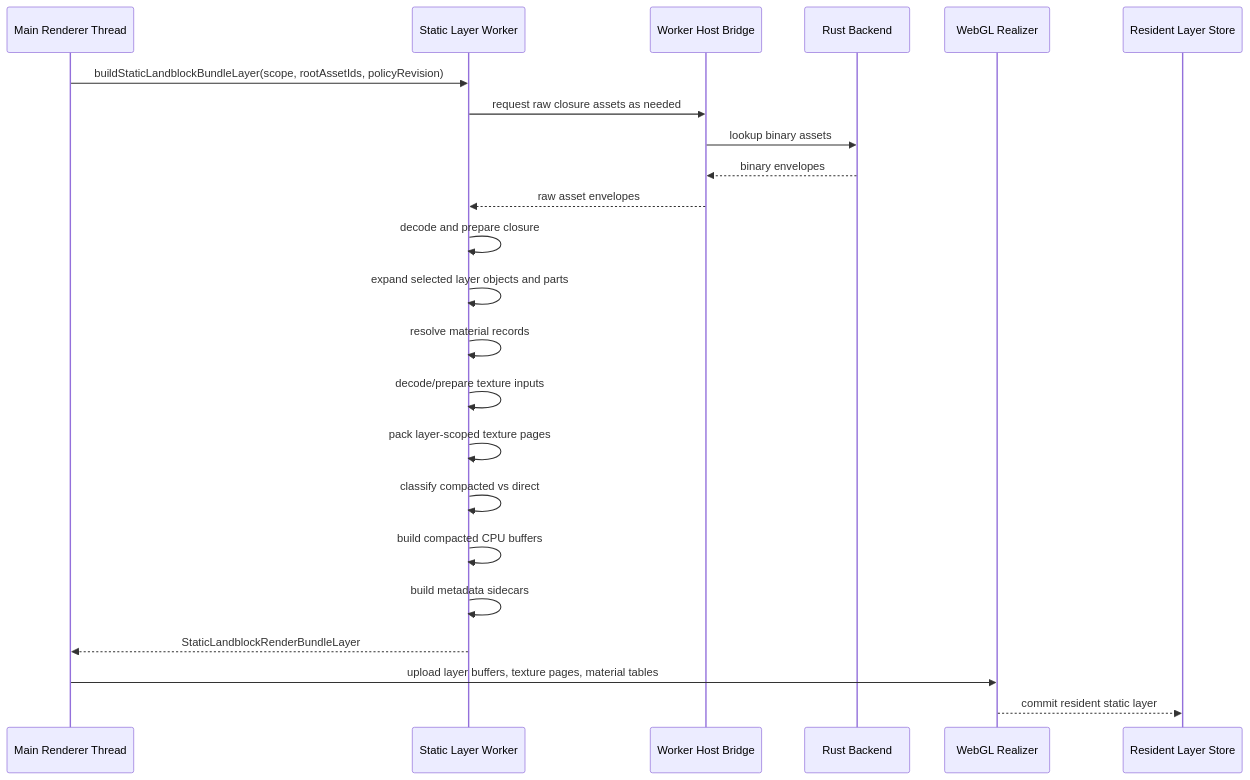
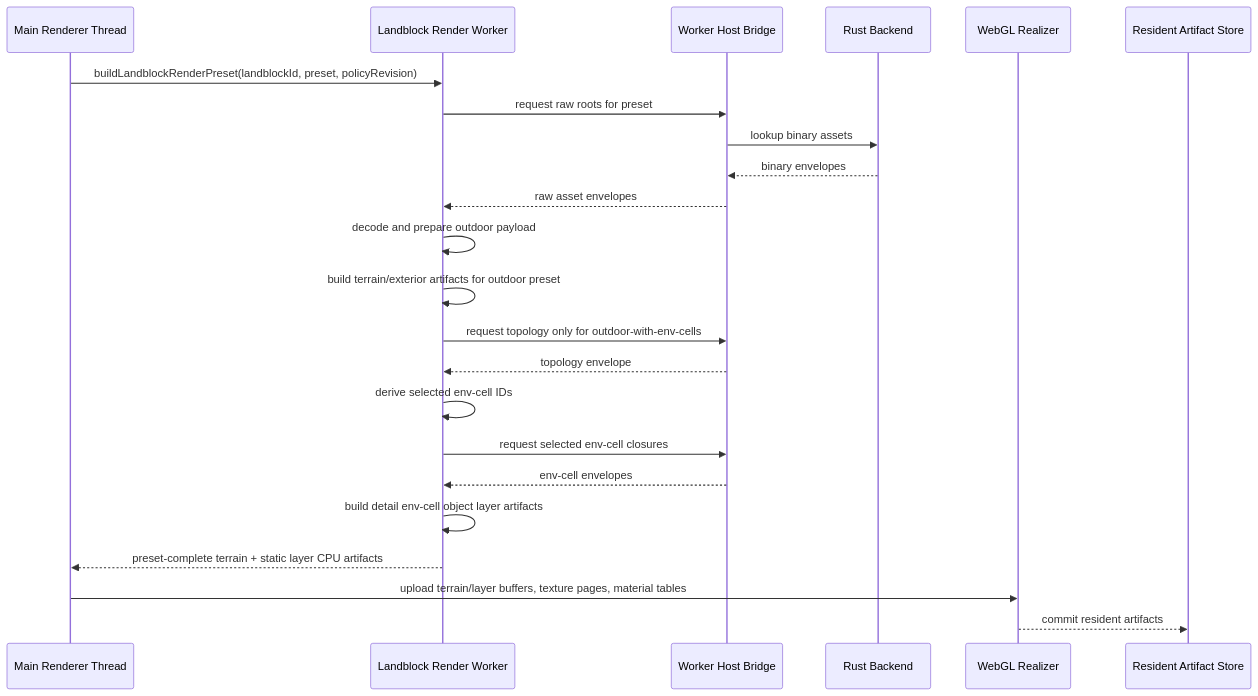
Before and after one commit to merklejerk/holtburger: the seventh of 9 diagrams in docs/plans/holtburger-3d-static-landblock-render-bundle-replacement-plan.md, drawn with Mermaid. The commit also changed other lines of this file and 3 other files, not shown here.

````diff
--- a/docs/plans/holtburger-3d-static-landblock-render-bundle-replacement-plan.md
+++ b/docs/plans/holtburger-3d-static-landblock-render-bundle-replacement-plan.md
@@ -640,26 +705,26 @@
 ```mermaid
 sequenceDiagram
     participant Main as Main Renderer Thread
-    participant Worker as Static Layer Worker
+    participant Worker as Landblock Render Worker
     participant Bridge as Worker Host Bridge
     participant Rust as Rust Backend
     participant GL as WebGL Realizer
-    participant Store as Resident Layer Store
+    participant Store as Resident Artifact Store
 
-    Main->>Worker: buildStaticLandblockBundleLayer(scope, rootAssetIds, policyRevision)
-    Worker->>Bridge: request raw closure assets as needed
+    Main->>Worker: buildLandblockRenderPreset(landblockId, preset, policyRevision)
+    Worker->>Bridge: request raw roots for preset
     Bridge->>Rust: lookup binary assets
     Rust-->>Bridge: binary envelopes
     Bridge-->>Worker: raw asset envelopes
-    Worker->>Worker: decode and prepare closure
-    Worker->>Worker: expand selected layer objects and parts
-    Worker->>Worker: resolve material records
-    Worker->>Worker: decode/prepare texture inputs
-    Worker->>Worker: pack layer-scoped texture pages
-    Worker->>Worker: classify compacted vs direct
-    Worker->>Worker: build compacted CPU buffers
-    Worker->>Worker: build metadata sidecars
-    Worker-->>Main: StaticLandblockRenderBundleLayer
-    Main->>GL: upload layer buffers, texture pages, material tables
-    GL-->>Store: commit resident static layer
+    Worker->>Worker: decode and prepare outdoor payload
+    Worker->>Worker: build terrain/exterior artifacts for outdoor preset
+    Worker->>Bridge: request topology only for outdoor-with-env-cells
+    Bridge-->>Worker: topology envelope
+    Worker->>Worker: derive selected env-cell IDs
+    Worker->>Bridge: request selected env-cell closures
+    Bridge-->>Worker: env-cell envelopes
+    Worker->>Worker: build detail env-cell object layer artifacts
+    Worker-->>Main: preset-complete terrain + static layer CPU artifacts
+    Main->>GL: upload terrain/layer buffers, texture pages, material tables
+    GL-->>Store: commit resident artifacts
 ```
````
